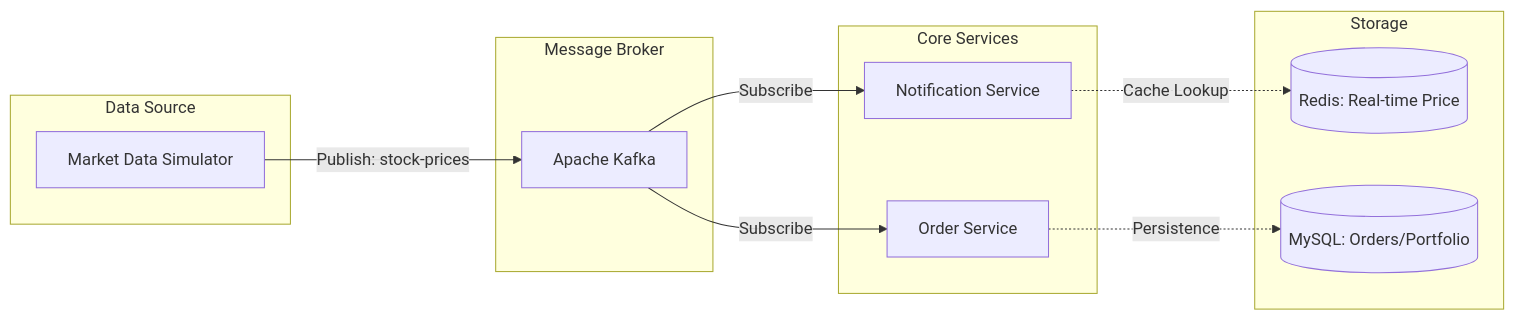
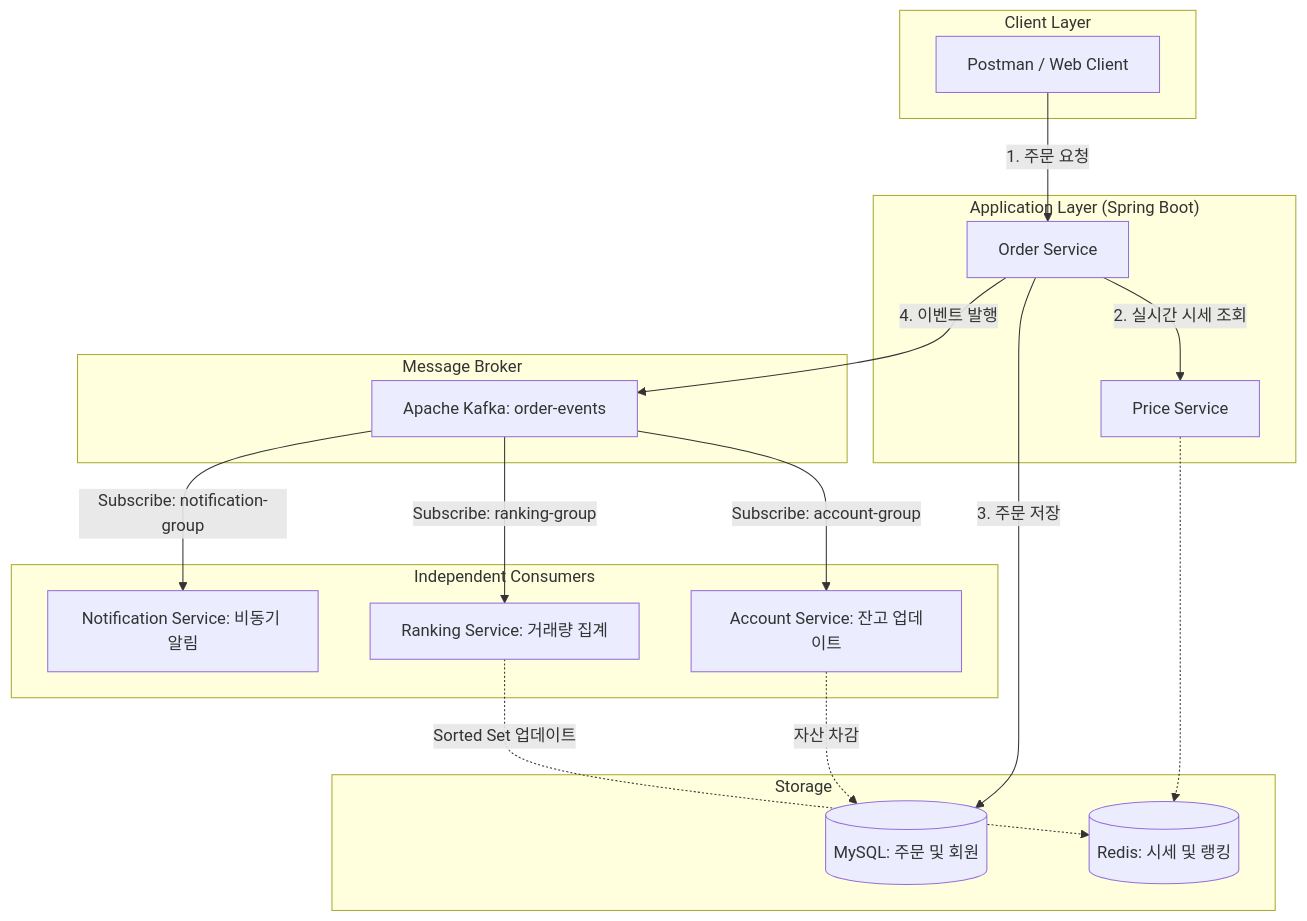
The first of 2 diagrams in README.md (Yoosang/stock-event-driven-simulator), drawn with Mermaid before and after one commit. The commit also changed other lines of this file, not shown here.

````diff
--- a/README.md
+++ b/README.md
@@ -7,26 +11,39 @@
 ```mermaid
-graph LR
-    subgraph "Data Source"
-        M[Market Data Simulator]
+graph TD
+    subgraph "Client Layer"
+        C[Postman / Web Client]
+    end
+
+    subgraph "Application Layer (Spring Boot)"
+        OS[Order Service]
+        PS[Price Service]
     end
 
     subgraph "Message Broker"
-        K[Apache Kafka]
+        K[Apache Kafka: order-events]
     end
 
-    subgraph "Core Services"
-        A[Notification Service]
-        O[Order Service]
+    subgraph "Independent Consumers"
+        AC[Account Service: 잔고 업데이트]
+        RS[Ranking Service: 거래량 집계]
+        NS[Notification Service: 비동기 알림]
     end
 
     subgraph "Storage"
-        R[(Redis: Real-time Price)]
-        DB[(MySQL: Orders/Portfolio)]
+        R[(Redis: 시세 및 랭킹)]
+        DB[(MySQL: 주문 및 회원)]
     end
 
-    M -->|Publish: stock-prices| K
-    K -->|Subscribe| A
-    K -->|Subscribe| O
-    A -.->|Cache Lookup| R
-    O -.->|Persistence| DB
+    C -->|1. 주문 요청| OS
+    OS -->|2. 실시간 시세 조회| PS
+    PS -.-> R
+    OS -->|3. 주문 저장| DB
+    OS -->|4. 이벤트 발행| K
+    
+    K -->|Subscribe: account-group| AC
+    K -->|Subscribe: ranking-group| RS
+    K -->|Subscribe: notification-group| NS
+    
+    AC -.->|자산 차감| DB
+    RS -.->|Sorted Set 업데이트| R
 ```
````
